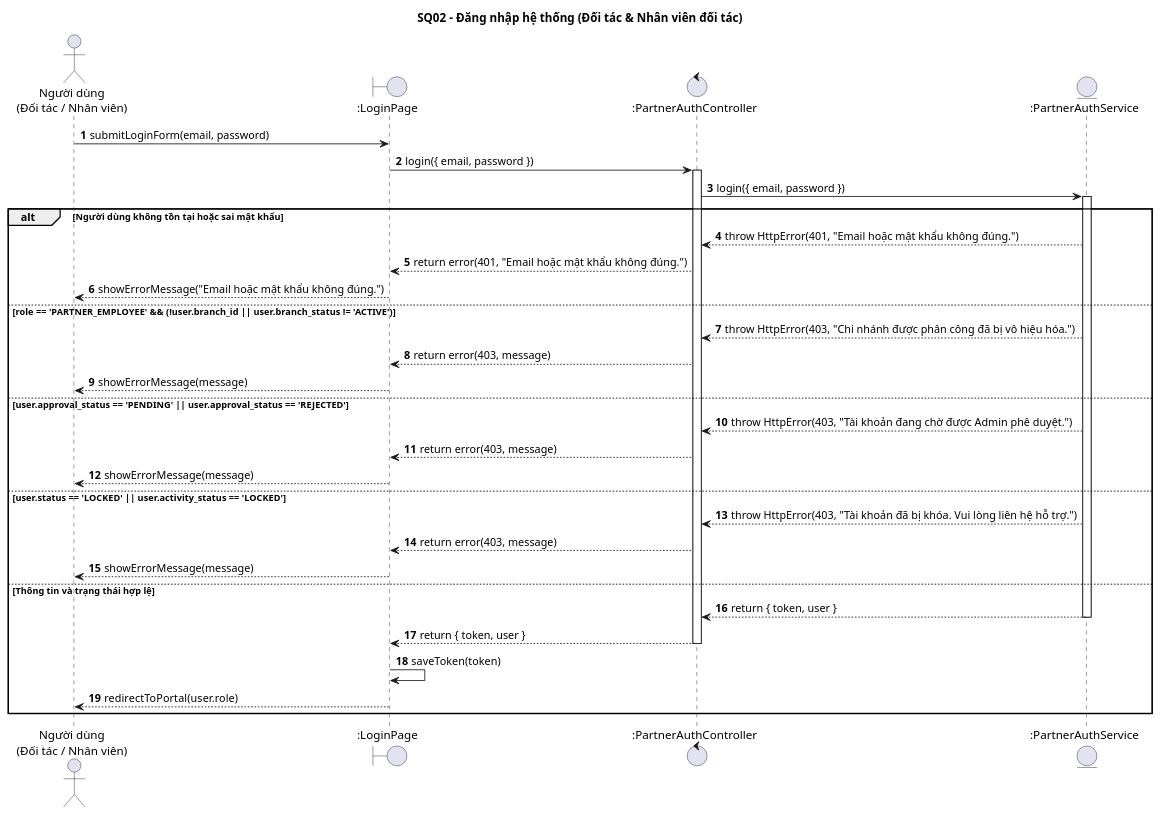
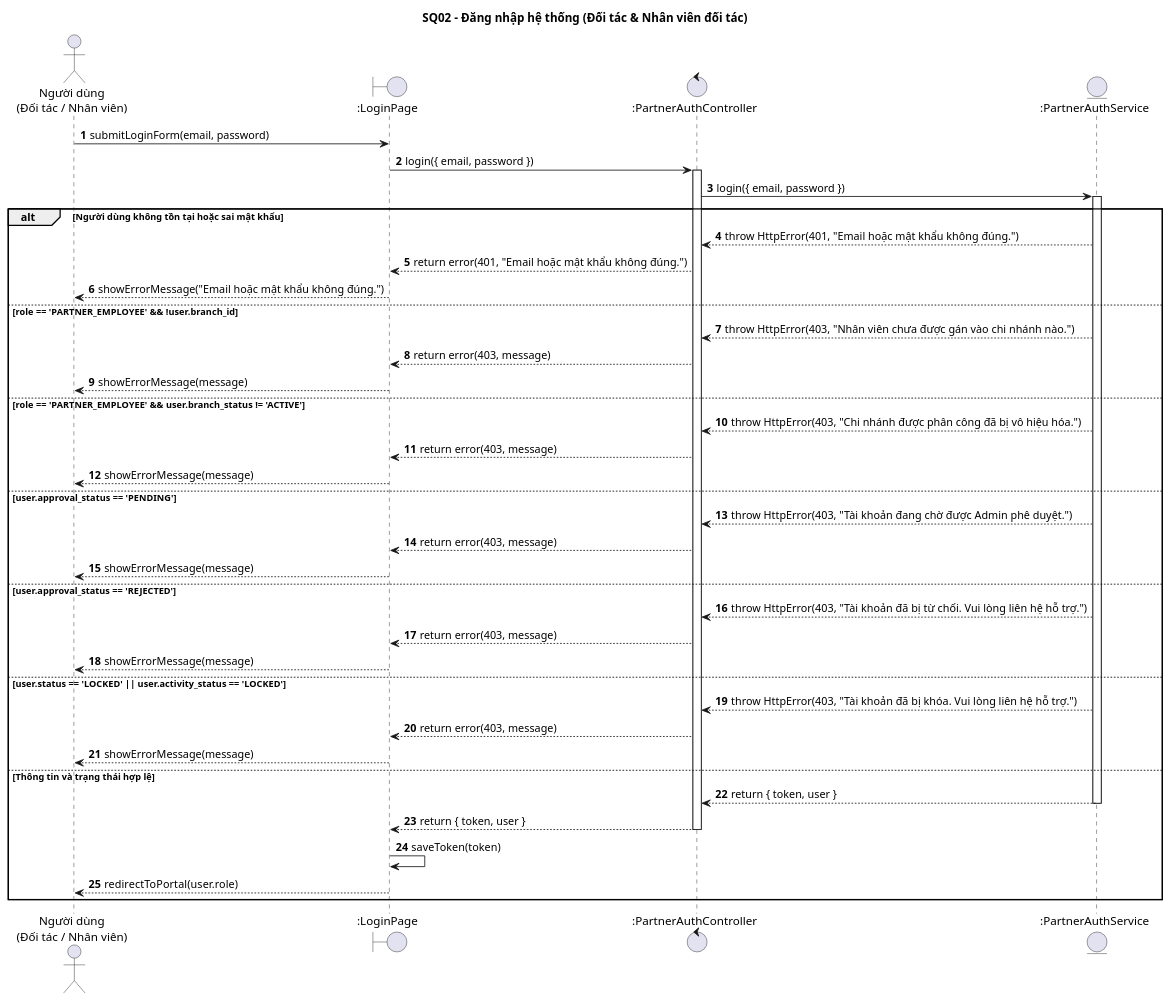
Before and after one commit to Ngo-The-Dat/e-voucher-system: the diagram in doc/sequence/doi_tac/SQ02_dang_nhap.wsd, drawn with PlantUML. The commit also changed 4 other files, not shown here.

Commit message:
refactor: update sequence diagrams for partner registration, login, password change, employee management, and voucher redemption

```diff
--- a/doc/sequence/doi_tac/SQ02_dang_nhap.wsd
+++ b/doc/sequence/doi_tac/SQ02_dang_nhap.wsd
@@ -1,44 +1,52 @@
 @startuml
 title SQ02 - Đăng nhập hệ thống (Đối tác & Nhân viên đối tác)
 
 autonumber
 skinparam BoxPadding 10
 skinparam ParticipantPadding 10
 
 actor "Người dùng\n(Đối tác / Nhân viên)" as User
 boundary ":LoginPage" as UI
 control ":PartnerAuthController" as Ctrl
 entity ":PartnerAuthService" as AuthSvc
 
 User -> UI: submitLoginForm(email, password)
 UI -> Ctrl: login({ email, password })
 activate Ctrl
 Ctrl -> AuthSvc: login({ email, password })
 activate AuthSvc
 
 alt Người dùng không tồn tại hoặc sai mật khẩu
     AuthSvc --> Ctrl: throw HttpError(401, "Email hoặc mật khẩu không đúng.")
     Ctrl --> UI: return error(401, "Email hoặc mật khẩu không đúng.")
     UI --> User: showErrorMessage("Email hoặc mật khẩu không đúng.")
-else role == 'PARTNER_EMPLOYEE' && (!user.branch_id || user.branch_status != 'ACTIVE')
+else role == 'PARTNER_EMPLOYEE' && !user.branch_id
+    AuthSvc --> Ctrl: throw HttpError(403, "Nhân viên chưa được gán vào chi nhánh nào.")
+    Ctrl --> UI: return error(403, message)
+    UI --> User: showErrorMessage(message)
+else role == 'PARTNER_EMPLOYEE' && user.branch_status != 'ACTIVE'
     AuthSvc --> Ctrl: throw HttpError(403, "Chi nhánh được phân công đã bị vô hiệu hóa.")
     Ctrl --> UI: return error(403, message)
     UI --> User: showErrorMessage(message)
-else user.approval_status == 'PENDING' || user.approval_status == 'REJECTED'
+else user.approval_status == 'PENDING'
     AuthSvc --> Ctrl: throw HttpError(403, "Tài khoản đang chờ được Admin phê duyệt.")
+    Ctrl --> UI: return error(403, message)
+    UI --> User: showErrorMessage(message)
+else user.approval_status == 'REJECTED'
+    AuthSvc --> Ctrl: throw HttpError(403, "Tài khoản đã bị từ chối. Vui lòng liên hệ hỗ trợ.")
     Ctrl --> UI: return error(403, message)
     UI --> User: showErrorMessage(message)
 else user.status == 'LOCKED' || user.activity_status == 'LOCKED'
     AuthSvc --> Ctrl: throw HttpError(403, "Tài khoản đã bị khóa. Vui lòng liên hệ hỗ trợ.")
     Ctrl --> UI: return error(403, message)
     UI --> User: showErrorMessage(message)
 else Thông tin và trạng thái hợp lệ
     AuthSvc --> Ctrl: return { token, user }
     deactivate AuthSvc
     Ctrl --> UI: return { token, user }
     deactivate Ctrl
     UI -> UI: saveToken(token)
     UI --> User: redirectToPortal(user.role)
 end
 
 @enduml
```
